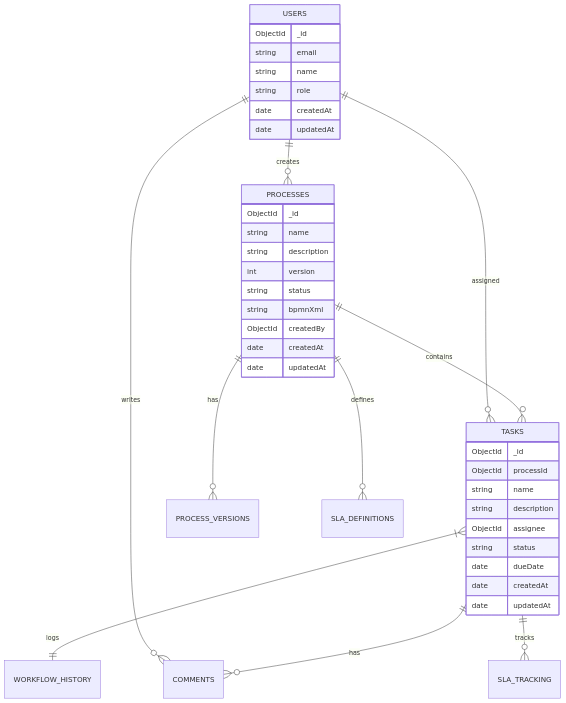
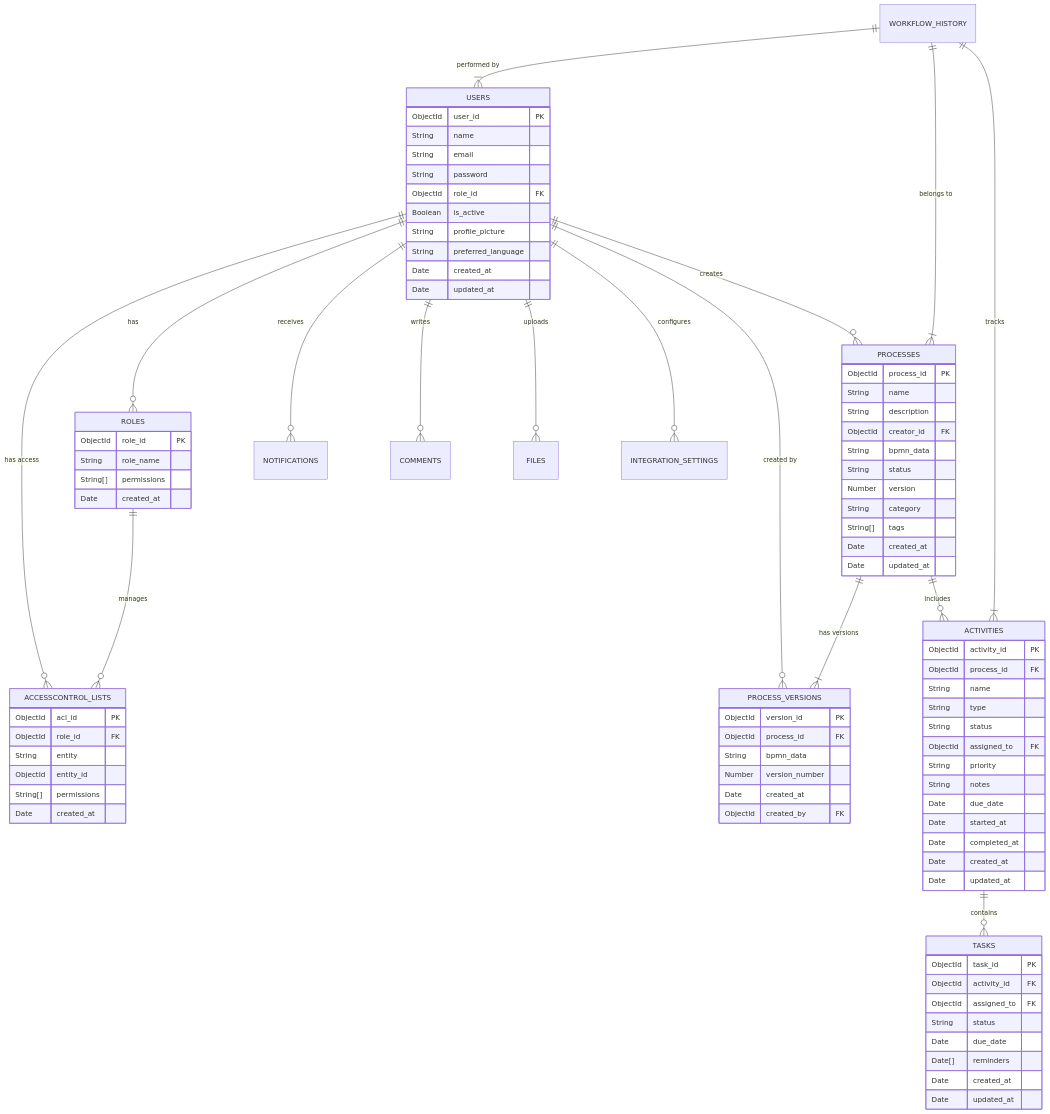
The diagram in backend/docs/database-schema.md (furkan-ucan/bpm-platform), drawn with Mermaid before and after one commit. The commit also changed other lines of this file, not shown here.

First line of the commit message:
docs: enhance database schema documentation with complete ERD

````diff
--- a/backend/docs/database-schema.md
+++ b/backend/docs/database-schema.md
@@ -9,45 +11,98 @@
 ```mermaid
 erDiagram
-    USERS ||--o{ PROCESSES : creates
-    USERS ||--o{ TASKS : assigned
-    PROCESSES ||--o{ TASKS : contains
-    PROCESSES ||--o{ PROCESS_VERSIONS : has
-    TASKS }|--|| WORKFLOW_HISTORY : logs
-    USERS ||--o{ COMMENTS : writes
-    TASKS ||--o{ COMMENTS : has
-    PROCESSES ||--o{ SLA_DEFINITIONS : defines
-    TASKS ||--o{ SLA_TRACKING : tracks
-    
     USERS {
-        ObjectId _id
-        string email
-        string name
-        string role
-        date createdAt
-        date updatedAt
+        ObjectId user_id PK
+        String name
+        String email
+        String password
+        ObjectId role_id FK
+        Boolean is_active
+        String profile_picture
+        String preferred_language
+        Date created_at
+        Date updated_at
     }
-    
+
+    ROLES {
+        ObjectId role_id PK
+        String role_name
+        String[] permissions
+        Date created_at
+    }
+
+    ACCESSCONTROL_LISTS {
+        ObjectId acl_id PK
+        ObjectId role_id FK
+        String entity
+        ObjectId entity_id
+        String[] permissions
+        Date created_at
+    }
+
     PROCESSES {
-        ObjectId _id
-        string name
-        string description
-        int version
-        string status
-        string bpmnXml
-        ObjectId createdBy
-        date createdAt
-        date updatedAt
+        ObjectId process_id PK
+        String name
+        String description
+        ObjectId creator_id FK
+        String bpmn_data
+        String status
+        Number version
+        String category
+        String[] tags
+        Date created_at
+        Date updated_at
     }
-    
+
+    PROCESS_VERSIONS {
+        ObjectId version_id PK
+        ObjectId process_id FK
+        String bpmn_data
+        Number version_number
+        Date created_at
+        ObjectId created_by FK
+    }
+
+    ACTIVITIES {
+        ObjectId activity_id PK
+        ObjectId process_id FK
+        String name
+        String type
+        String status
+        ObjectId assigned_to FK
+        String priority
+        String notes
+        Date due_date
+        Date started_at
+        Date completed_at
+        Date created_at
+        Date updated_at
+    }
+
     TASKS {
-        ObjectId _id
-        ObjectId processId
-        string name
-        string description
-        ObjectId assignee
-        string status
-        date dueDate
-        date createdAt
-        date updatedAt
+        ObjectId task_id PK
+        ObjectId activity_id FK
+        ObjectId assigned_to FK
+        String status
+        Date due_date
+        Date[] reminders
+        Date created_at
+        Date updated_at
     }
+
+    WORKFLOW_HISTORY ||--|{ USERS : "performed by"
+    WORKFLOW_HISTORY ||--|{ PROCESSES : "belongs to"
+    WORKFLOW_HISTORY ||--|{ ACTIVITIES : "tracks"
+
+    USERS ||--o{ ROLES : "has"
+    ROLES ||--o{ ACCESSCONTROL_LISTS : "manages"
+    USERS ||--o{ ACCESSCONTROL_LISTS : "has access"
+    USERS ||--o{ PROCESSES : "creates"
+    PROCESSES ||--|{ PROCESS_VERSIONS : "has versions"
+    USERS ||--o{ PROCESS_VERSIONS : "created by"
+    PROCESSES ||--o{ ACTIVITIES : "includes"
+    ACTIVITIES ||--o{ TASKS : "contains"
+    USERS ||--o{ NOTIFICATIONS : "receives"
+    USERS ||--o{ COMMENTS : "writes"
+    USERS ||--o{ FILES : "uploads"
+    USERS ||--o{ INTEGRATION_SETTINGS : "configures"
 ```
````
